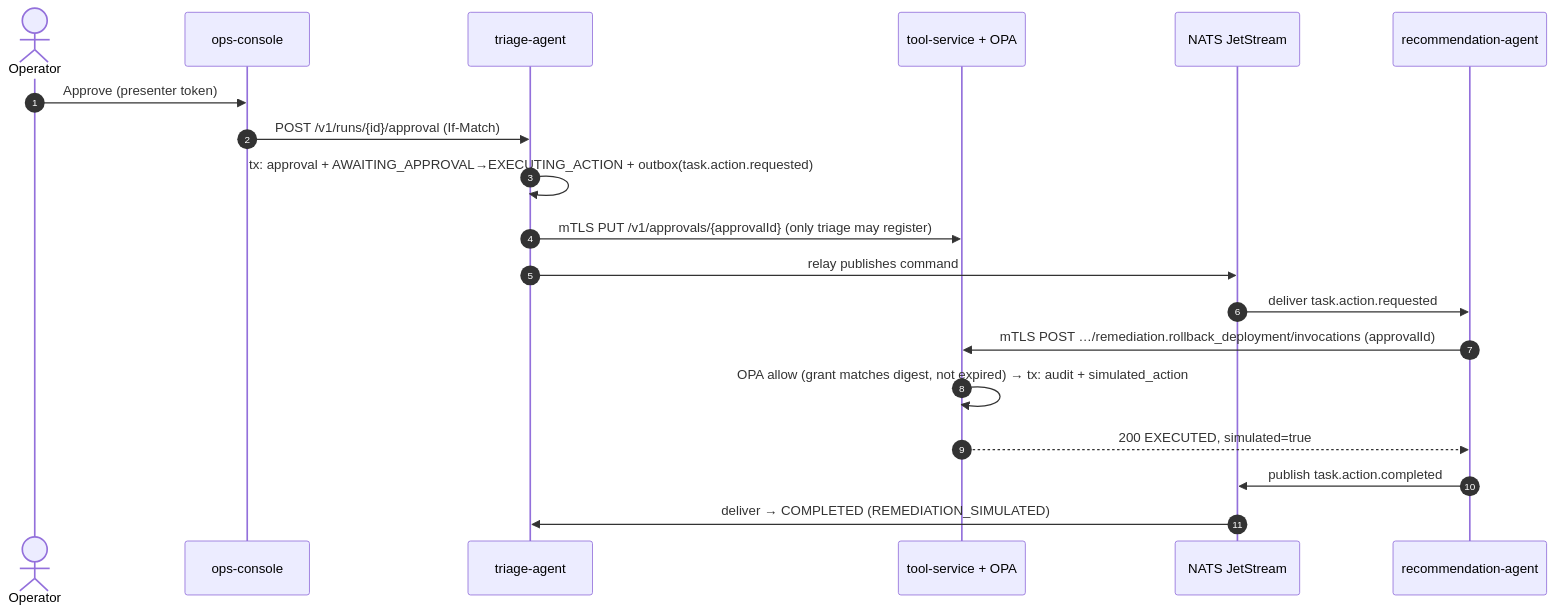
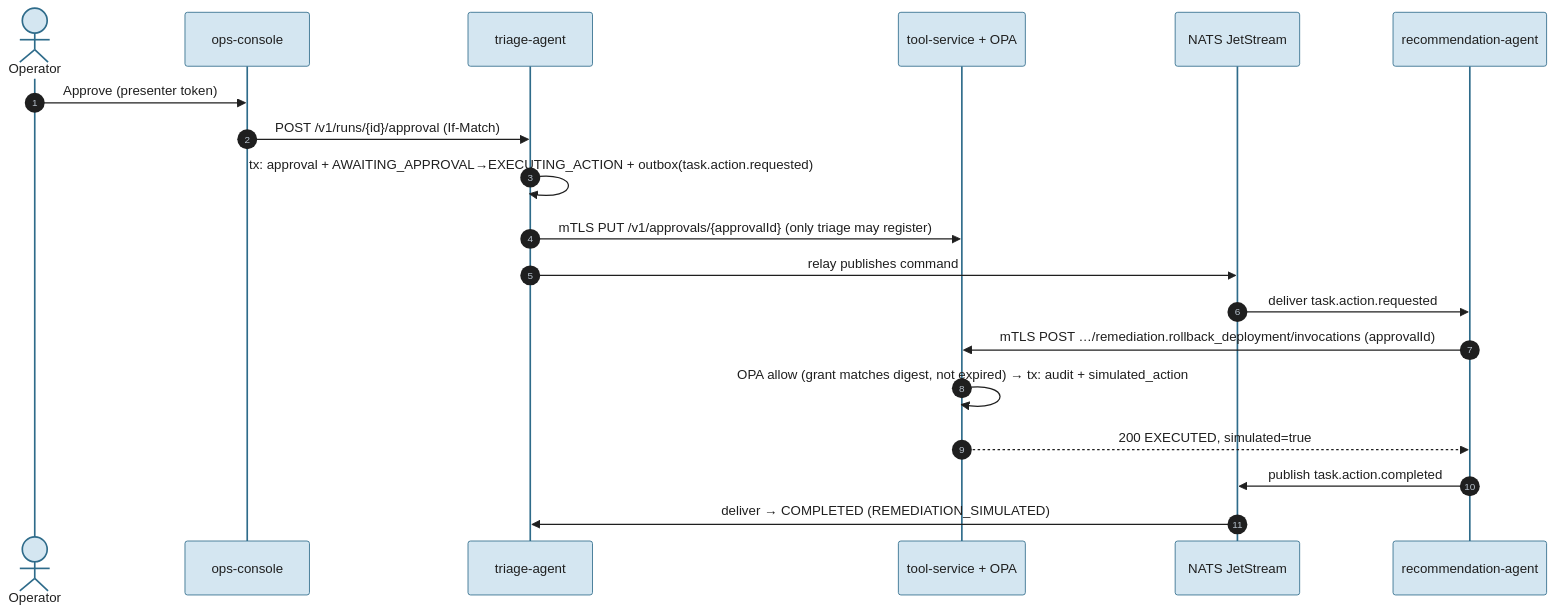
The fifth of 7 diagrams in docs/architecture.md (danieloh30/many-agents-one-platform), drawn with Mermaid before and after one commit. The commit also changed other lines of this file and 5 other files, not shown here.

First line of the commit message:
Draw every documentation diagram in the hand-drawn style

````diff
--- a/docs/architecture.md
+++ b/docs/architecture.md
@@ -284,22 +288,23 @@
 ```mermaid
+%%{init: {"look":"handDrawn","theme":"base","themeVariables":{"darkMode":false,"background":"#FFFCF5","primaryColor":"#D4E6F1","primaryBorderColor":"#2E6B8A","primaryTextColor":"#1F1F1F","secondaryColor":"#D8F0D8","secondaryTextColor":"#1F1F1F","tertiaryColor":"#E8DCC4","tertiaryTextColor":"#1F1F1F","textColor":"#1F1F1F","lineColor":"#4A4035","edgeLabelBackground":"#FFFCF5","clusterBkg":"#F5F5F0","clusterBorder":"#6B5B45","fontSize":"16px"},"flowchart":{"nodeSpacing":35,"rankSpacing":55,"padding":18,"curve":"basis"}}}%%
 sequenceDiagram
   autonumber
   actor Op as Operator
   participant C as ops-console
   participant T as triage-agent
   participant TS as tool-service + OPA
   participant N as NATS JetStream
   participant R as recommendation-agent
 
   Op->>C: Approve (presenter token)
   C->>T: POST /v1/runs/{id}/approval (If-Match)
   T->>T: tx: approval + AWAITING_APPROVAL→EXECUTING_ACTION + outbox(task.action.requested)
   T->>TS: mTLS PUT /v1/approvals/{approvalId} (only triage may register)
   T->>N: relay publishes command
   N->>R: deliver task.action.requested
   R->>TS: mTLS POST …/remediation.rollback_deployment/invocations (approvalId)
   TS->>TS: OPA allow (grant matches digest, not expired) → tx: audit + simulated_action
   TS-->>R: 200 EXECUTED, simulated=true
   R->>N: publish task.action.completed
   N->>T: deliver → COMPLETED (REMEDIATION_SIMULATED)
 ```
````
